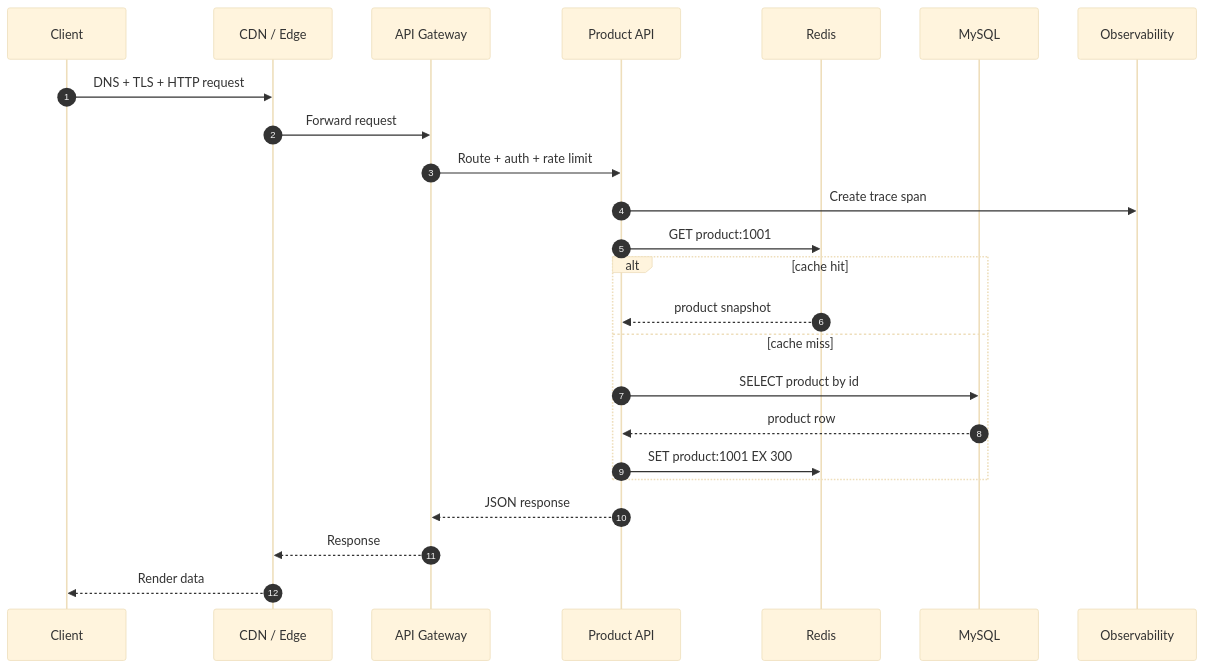
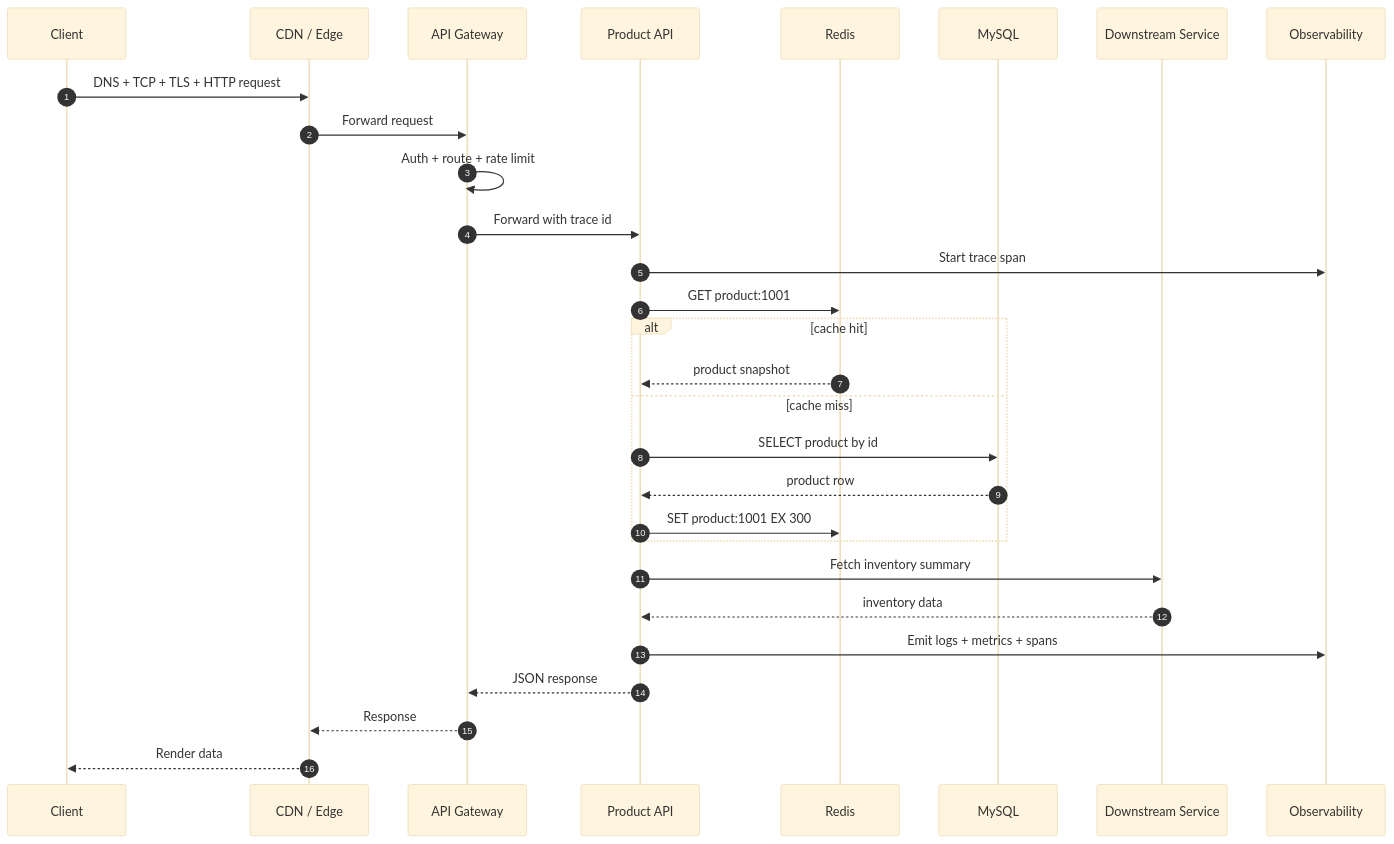
The first of 4 diagrams in docs/fundamentals/request-lifecycle.md (AmazingCaddy/readings-backend), drawn with Mermaid (base theme) before and after one commit. The commit also changed other lines of this file and 1 other file, not shown here.

Commit message:
docs: expand request lifecycle guide

````diff
--- a/docs/fundamentals/request-lifecycle.md
+++ b/docs/fundamentals/request-lifecycle.md
@@ -15,27 +46,32 @@
 ```mermaid
 sequenceDiagram
     autonumber
     participant C as Client
     participant CDN as CDN / Edge
     participant GW as API Gateway
     participant API as Product API
     participant R as Redis
     participant DB as MySQL
+    participant DS as Downstream Service
     participant O as Observability
 
-    C->>CDN: DNS + TLS + HTTP request
+    C->>CDN: DNS + TCP + TLS + HTTP request
     CDN->>GW: Forward request
-    GW->>API: Route + auth + rate limit
-    API->>O: Create trace span
+    GW->>GW: Auth + route + rate limit
+    GW->>API: Forward with trace id
+    API->>O: Start trace span
     API->>R: GET product:1001
     alt cache hit
         R-->>API: product snapshot
     else cache miss
         API->>DB: SELECT product by id
         DB-->>API: product row
         API->>R: SET product:1001 EX 300
     end
+    API->>DS: Fetch inventory summary
+    DS-->>API: inventory data
+    API->>O: Emit logs + metrics + spans
     API-->>GW: JSON response
     GW-->>CDN: Response
     CDN-->>C: Render data
 ```
````
